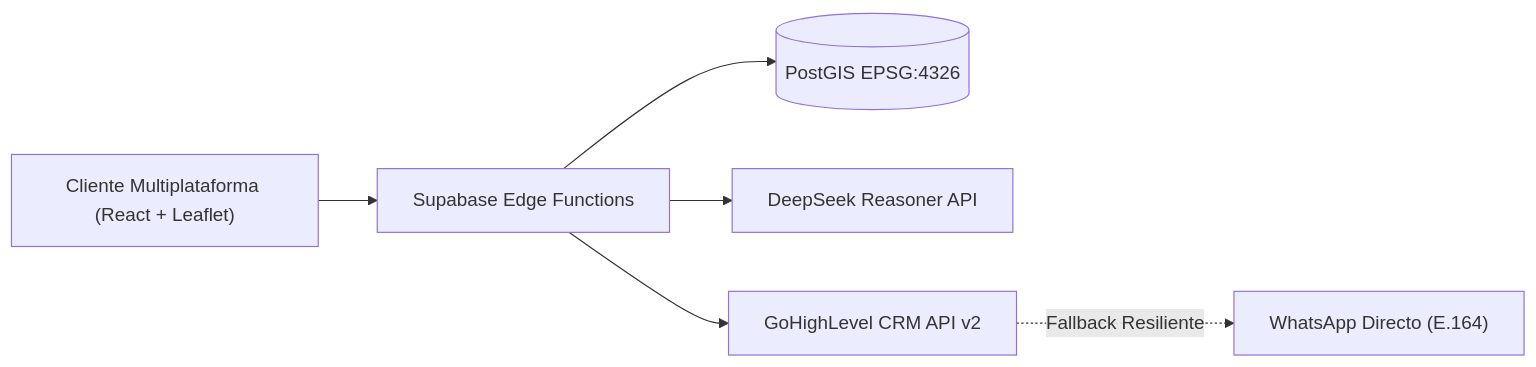
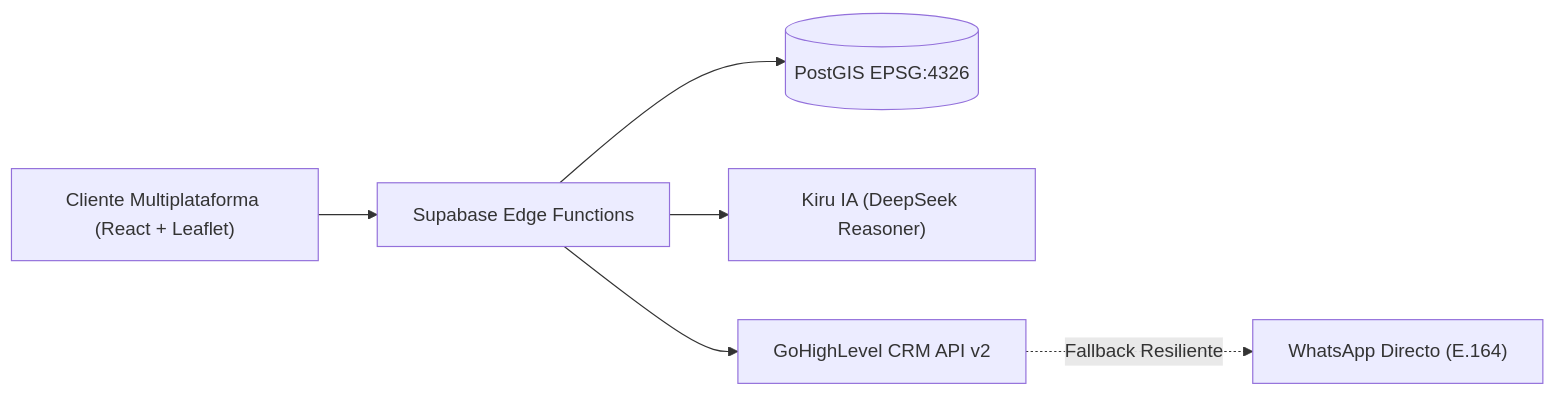
One commit to nicolasnorton/pawlo-app changed the diagram in README.md. Above: the diagram before and after it, drawn with Mermaid. The commit also changed other lines of this file and 15 other files, not shown here.

````diff
--- a/README.md
+++ b/README.md
@@ -85,8 +85,8 @@
 ```mermaid
 flowchart LR
     A["Cliente Multiplataforma (React + Leaflet)"] --> B["Supabase Edge Functions"]
     B --> C[("PostGIS EPSG:4326")]
-    B --> D["DeepSeek Reasoner API"]
+    B --> D["Kiru IA (DeepSeek Reasoner)"]
     B --> E["GoHighLevel CRM API v2"]
     E -. Fallback Resiliente .-> F["WhatsApp Directo (E.164)"]
 ```
````
